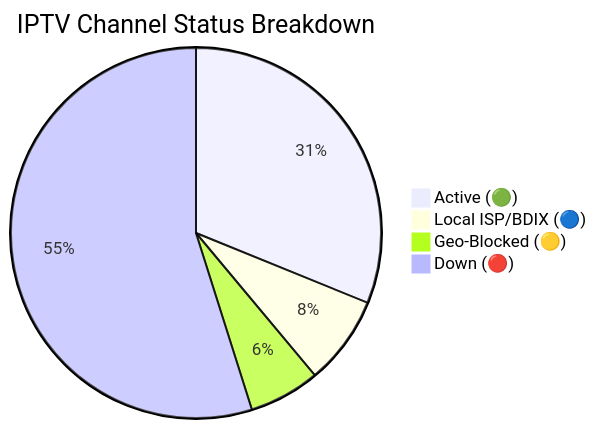
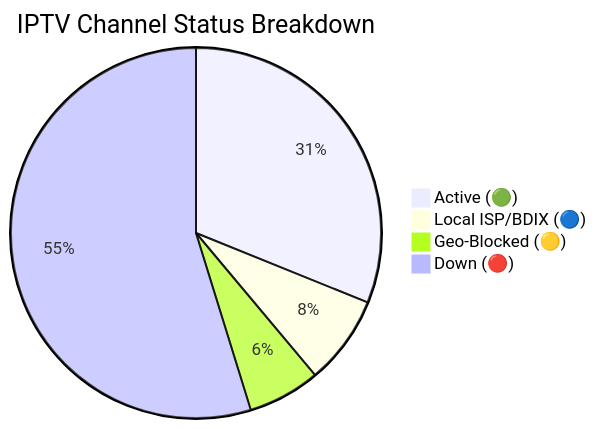
Before and after one commit to Zaman-Topu/Ip-tv-Collection: the diagram in README.md, drawn with Mermaid. The commit also changed other lines of this file and 6 other files, not shown here.

````diff
--- a/README.md
+++ b/README.md
@@ -95,7 +95,7 @@
 ```mermaid
 pie title IPTV Channel Status Breakdown
-    "Active (🟢)" : 10598
-    "Local ISP/BDIX (🔵)" : 2646
-    "Geo-Blocked (🟡)" : 2109
-    "Down (🔴)" : 18673
+    "Active (🟢)" : 10586
+    "Local ISP/BDIX (🔵)" : 2647
+    "Geo-Blocked (🟡)" : 2151
+    "Down (🔴)" : 18636
 ```
````
